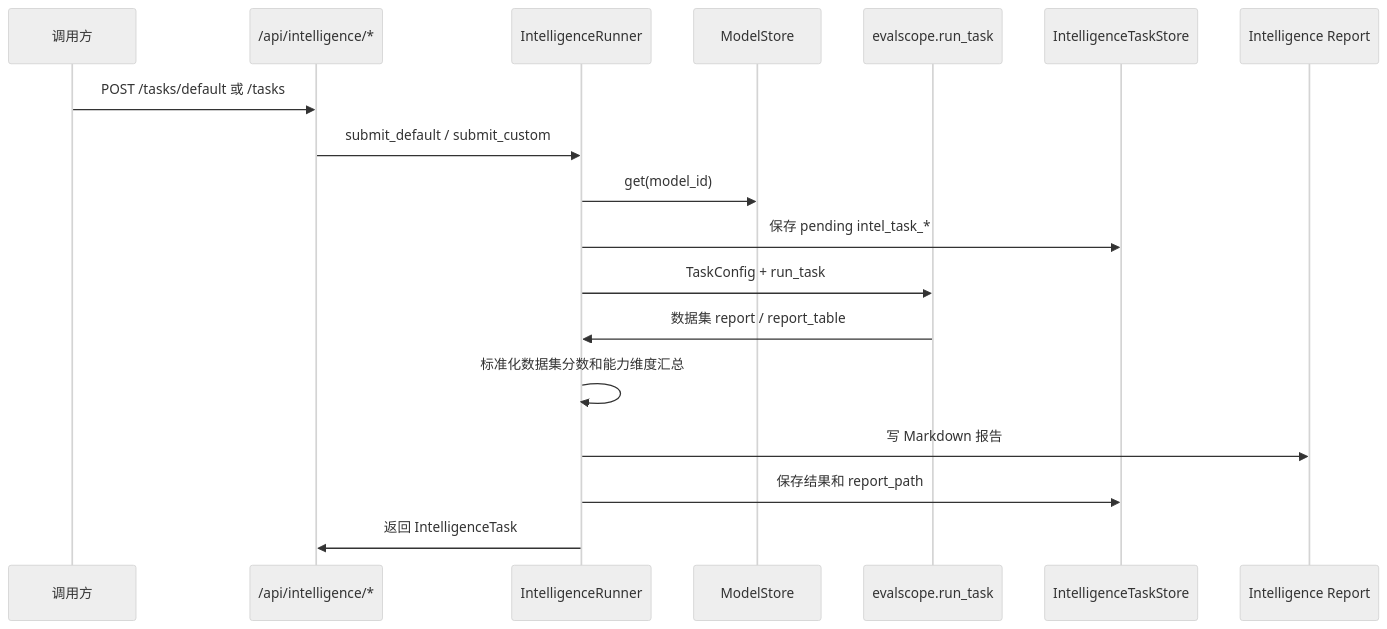
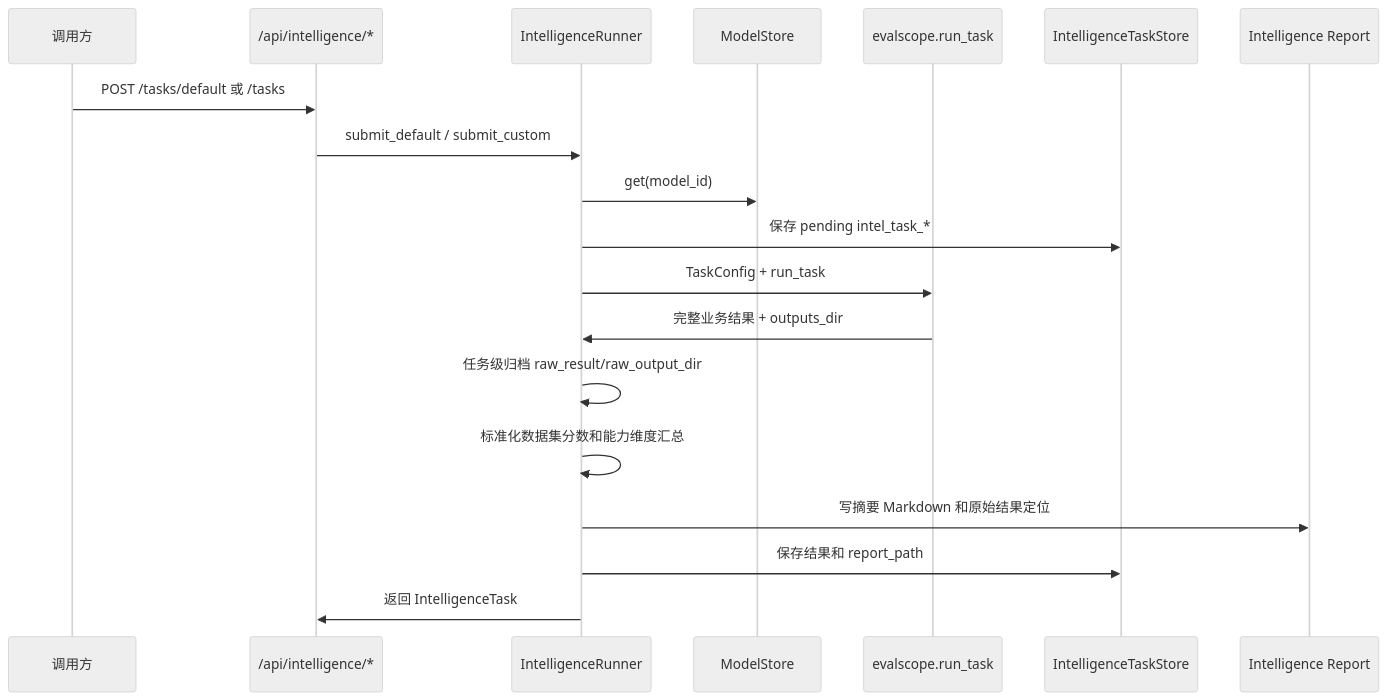
One commit to youzi211/LLM_Benchmark changed the second of 5 diagrams in docs/architecture.md. Above: the diagram before and after it, drawn with Mermaid (neutral theme). The commit also changed other lines of this file and 11 other files, not shown here.

Commit message:
feat: preserve EvalScope raw result boundaries

````diff
--- a/docs/architecture.md
+++ b/docs/architecture.md
@@ -224,21 +225,22 @@
 ```mermaid
 sequenceDiagram
     participant C as 调用方
     participant API as /api/intelligence/*
     participant R as IntelligenceRunner
     participant MS as ModelStore
     participant ES as evalscope.run_task
     participant ITS as IntelligenceTaskStore
     participant IR as Intelligence Report
 
     C->>API: POST /tasks/default 或 /tasks
     API->>R: submit_default / submit_custom
     R->>MS: get(model_id)
     R->>ITS: 保存 pending intel_task_*
     R->>ES: TaskConfig + run_task
-    ES->>R: 数据集 report / report_table
+    ES->>R: 完整业务结果 + outputs_dir
+    R->>R: 任务级归档 raw_result/raw_output_dir
     R->>R: 标准化数据集分数和能力维度汇总
-    R->>IR: 写 Markdown 报告
+    R->>IR: 写摘要 Markdown 和原始结果定位
     R->>ITS: 保存结果和 report_path
     R->>API: 返回 IntelligenceTask
 ```
````
